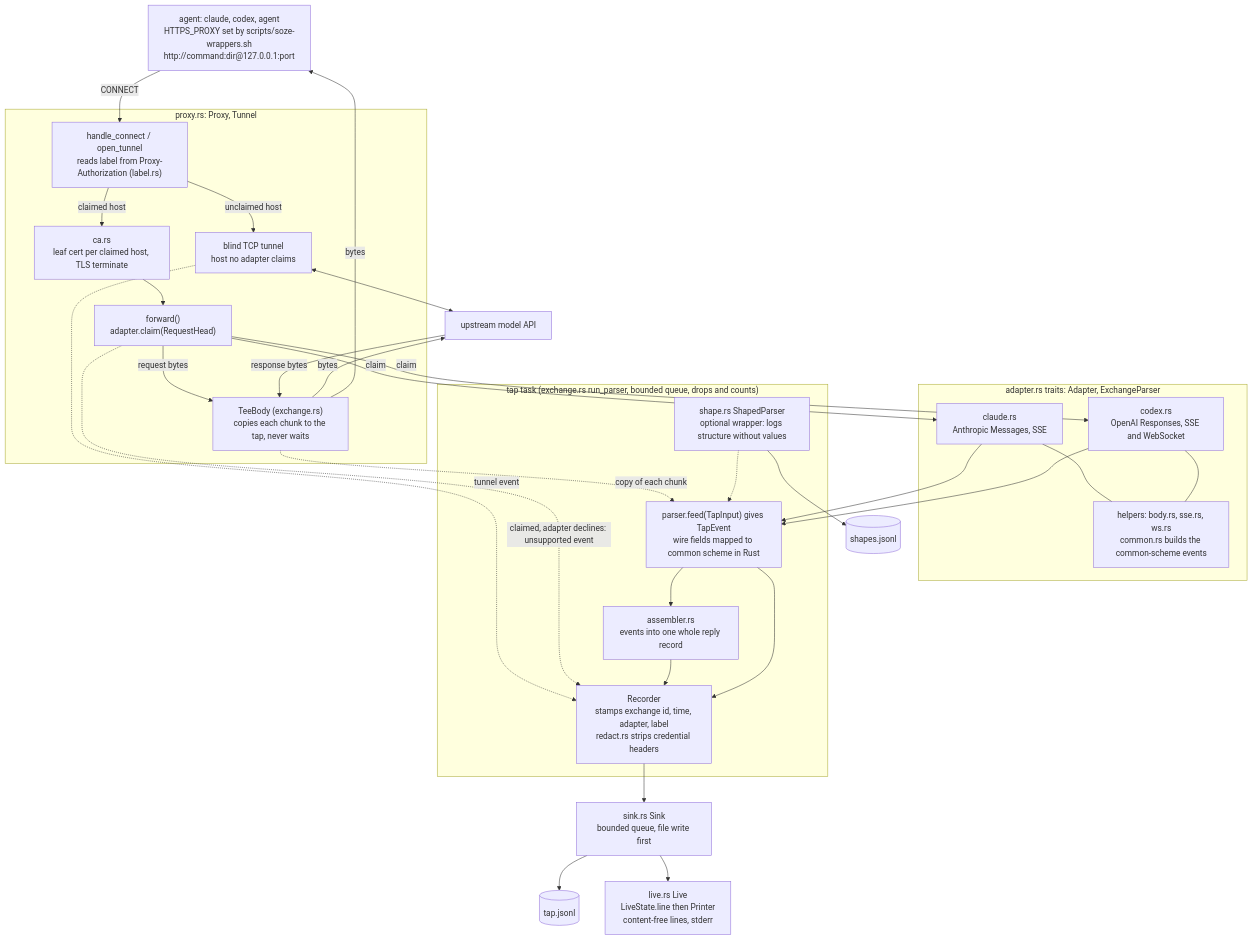
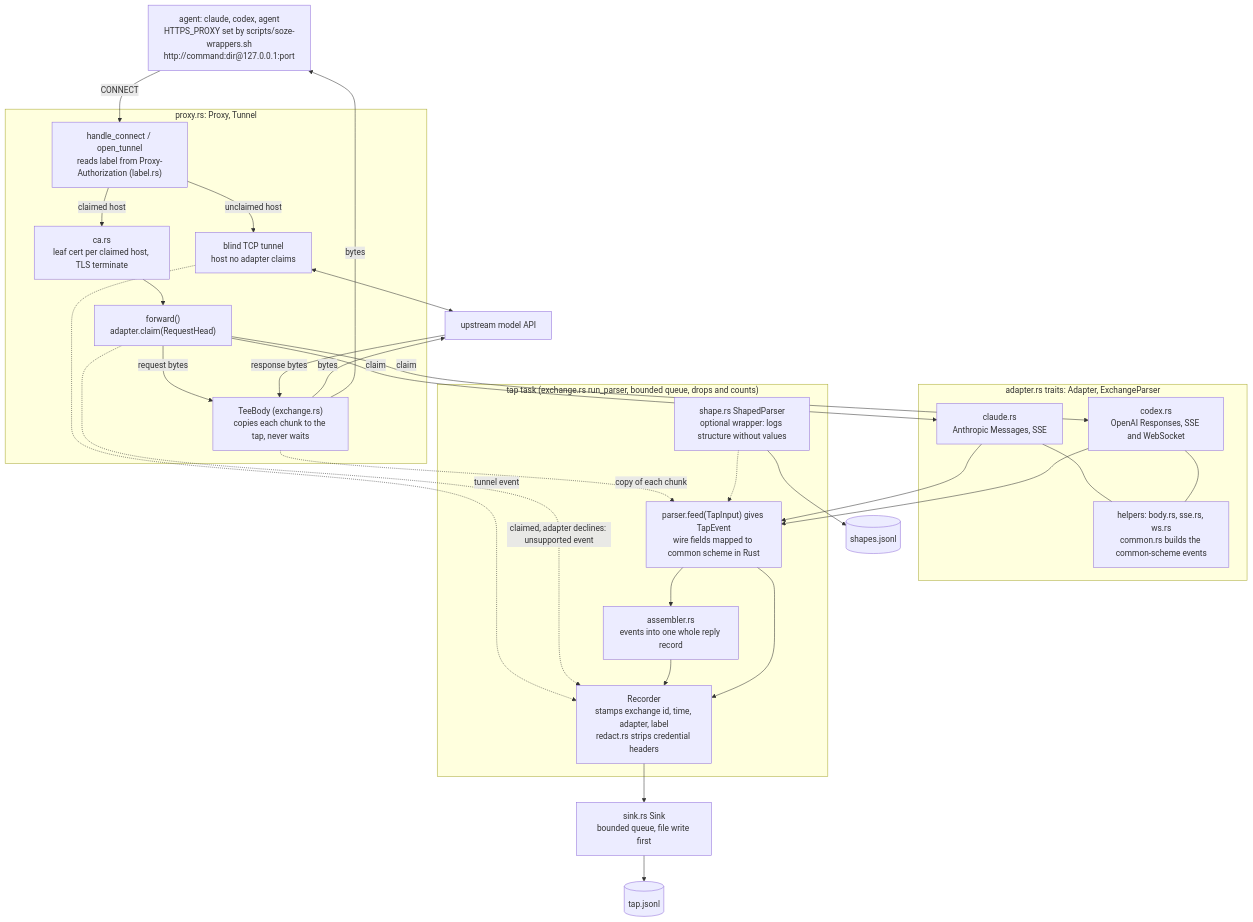
One commit to killallgit/kaiser-soze changed the diagram in docs/architecture/2026-10-20_current-architecture.mmd. Above: the diagram before and after it, drawn with Mermaid. The commit also changed 17 other files, not shown here.

Commit message:
Keep the tap writer running after an I/O error and remove the unused live printer.

```diff
--- a/docs/architecture/2026-10-20_current-architecture.mmd
+++ b/docs/architecture/2026-10-20_current-architecture.mmd
@@ -1,56 +1,54 @@
 %% Current architecture only, as of 2026-10-20 (main at 7e23f12). Nothing proposed.
 %% Wire-to-common-scheme mapping is hand-written Rust inside each adapter; there is no config.
 flowchart TB
     AG["agent: claude, codex, agent<br/>HTTPS_PROXY set by scripts/soze-wrappers.sh<br/>http://command:dir@127.0.0.1:port"]
     UP["upstream model API"]
 
     subgraph PROXY["proxy.rs: Proxy, Tunnel"]
         CONN["handle_connect / open_tunnel<br/>reads label from Proxy-Authorization (label.rs)"]
         CA["ca.rs<br/>leaf cert per claimed host, TLS terminate"]
         FWD["forward()<br/>adapter.claim(RequestHead)"]
         TEE["TeeBody (exchange.rs)<br/>copies each chunk to the tap, never waits"]
         BLIND["blind TCP tunnel<br/>host no adapter claims"]
     end
 
     subgraph ADAPTERS["adapter.rs traits: Adapter, ExchangeParser"]
         CL["claude.rs<br/>Anthropic Messages, SSE"]
         CX["codex.rs<br/>OpenAI Responses, SSE and WebSocket"]
         HELP["helpers: body.rs, sse.rs, ws.rs<br/>common.rs builds the common-scheme events"]
     end
 
     subgraph TAP["tap task (exchange.rs run_parser, bounded queue, drops and counts)"]
         PARSE["parser.feed(TapInput) gives TapEvent<br/>wire fields mapped to common scheme in Rust"]
         ASM["assembler.rs<br/>events into one whole reply record"]
         REC["Recorder<br/>stamps exchange id, time, adapter, label<br/>redact.rs strips credential headers"]
         SHAPE["shape.rs ShapedParser<br/>optional wrapper: logs structure without values"]
     end
 
     SINK["sink.rs Sink<br/>bounded queue, file write first"]
     TAPF[("tap.jsonl")]
     SHAPEF[("shapes.jsonl")]
-    LIVE["live.rs Live<br/>LiveState.line then Printer<br/>content-free lines, stderr"]
 
     AG -->|CONNECT| CONN
     CONN -->|unclaimed host| BLIND
     BLIND <--> UP
     BLIND -. "tunnel event" .-> REC
     CONN -->|claimed host| CA --> FWD
     FWD -->|request bytes| TEE
     TEE -->|bytes| UP
     UP -->|response bytes| TEE
     TEE -->|bytes| AG
     FWD -. "claimed, adapter declines: unsupported event" .-> REC
     FWD -->|claim| CL
     FWD -->|claim| CX
     TEE -. "copy of each chunk" .-> PARSE
     CL --- HELP
     CX --- HELP
     CL --> PARSE
     CX --> PARSE
     SHAPE -.-> PARSE
     SHAPE --> SHAPEF
     PARSE --> ASM --> REC
     PARSE --> REC
     REC --> SINK
     SINK --> TAPF
-    SINK --> LIVE
```
